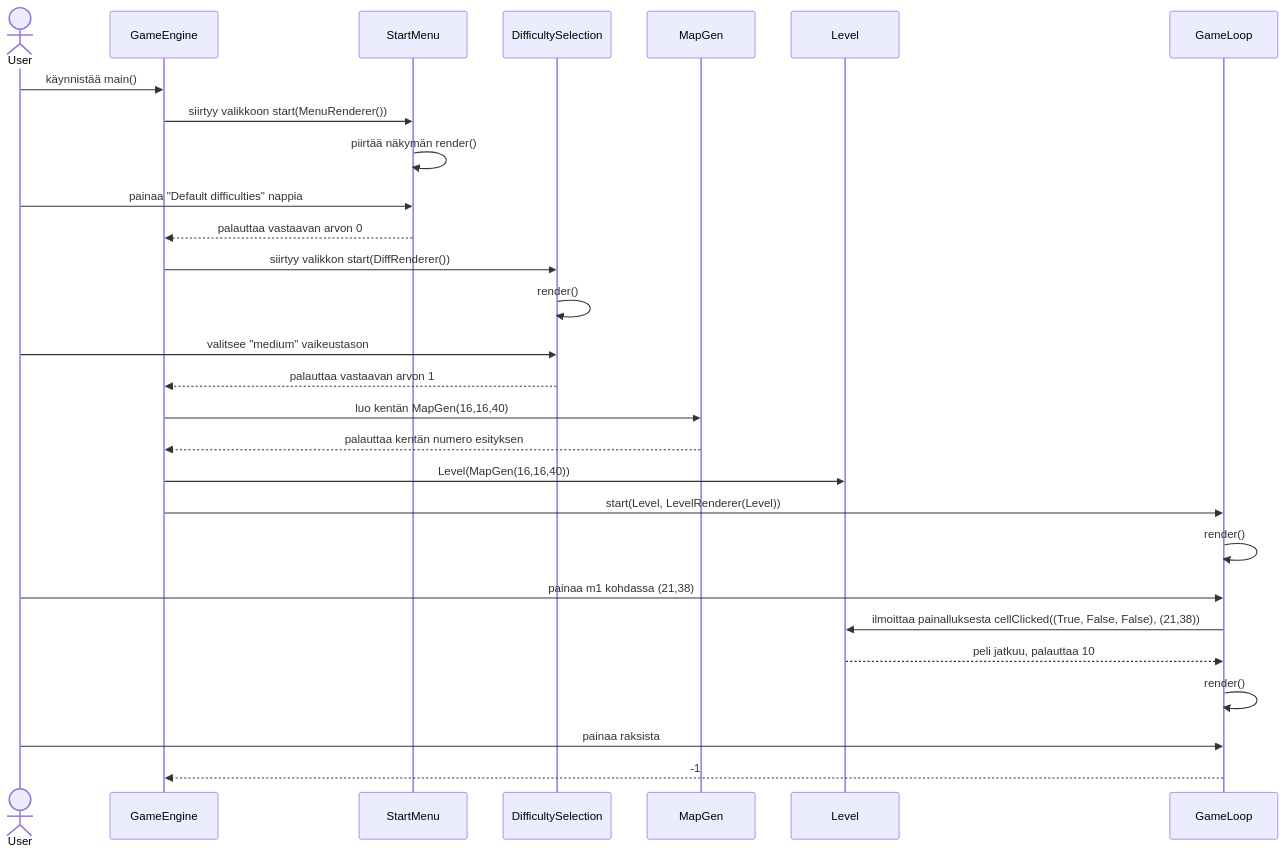
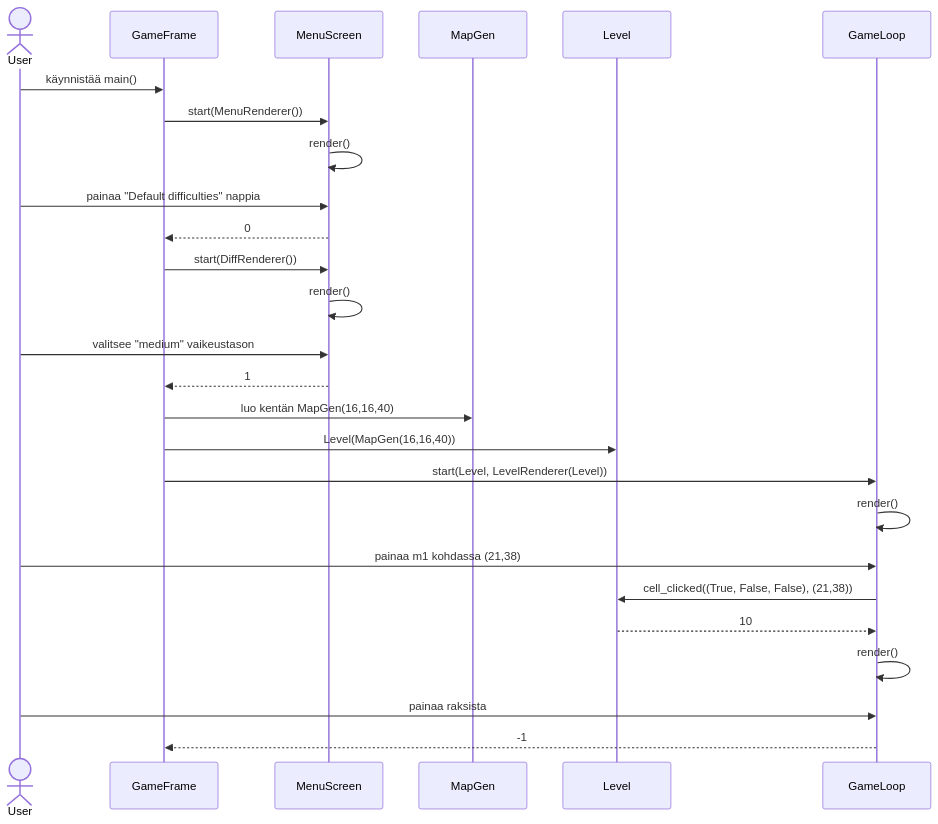
The second of 2 diagrams in dokumentaatio/luokkakaavio.md (Hempppa/ot-harjoitustyot), drawn with Mermaid before and after one commit. The commit also changed other lines of this file, not shown here.

````diff
--- a/dokumentaatio/luokkakaavio.md
+++ b/dokumentaatio/luokkakaavio.md
@@ -41,30 +80,28 @@
 ```mermaid
 sequenceDiagram
   actor User
-  participant GameEngine
-  participant StartMenu
-  participant DifficultySelection
+  participant GameFrame
+  participant MenuScreen
   participant MapGen
   participant Level
   participant GameLoop
-  User->>GameEngine: käynnistää main()
-  GameEngine->>StartMenu: siirtyy valikkoon start(MenuRenderer())
-  StartMenu->>StartMenu: piirtää näkymän render()
-  User->>StartMenu: painaa "Default difficulties" nappia
-  StartMenu-->>GameEngine: palauttaa vastaavan arvon 0
-  GameEngine->>DifficultySelection: siirtyy valikkon start(DiffRenderer())
-  DifficultySelection->>DifficultySelection: render()
-  User->>DifficultySelection: valitsee "medium" vaikeustason
-  DifficultySelection-->>GameEngine: palauttaa vastaavan arvon 1
-  GameEngine->>MapGen: luo kentän MapGen(16,16,40)
-  MapGen-->>GameEngine: palauttaa kentän numero esityksen
-  GameEngine->>Level: Level(MapGen(16,16,40))
-  GameEngine->>GameLoop: start(Level, LevelRenderer(Level))
+  User->>GameFrame: käynnistää main()
+  GameFrame->>MenuScreen: start(MenuRenderer())
+  MenuScreen->>MenuScreen: render()
+  User->>MenuScreen: painaa "Default difficulties" nappia
+  MenuScreen-->>GameFrame: 0
+  GameFrame->>MenuScreen: start(DiffRenderer())
+  MenuScreen->>MenuScreen: render()
+  User->>MenuScreen: valitsee "medium" vaikeustason
+  MenuScreen-->>GameFrame: 1
+  GameFrame->>MapGen: luo kentän MapGen(16,16,40)
+  GameFrame->>Level: Level(MapGen(16,16,40))
+  GameFrame->>GameLoop: start(Level, LevelRenderer(Level))
   GameLoop->>GameLoop: render()
   User->>GameLoop: painaa m1 kohdassa (21,38)
-  GameLoop->>Level: ilmoittaa painalluksesta cellClicked((True, False, False), (21,38)) 
-  Level-->>GameLoop: peli jatkuu, palauttaa 10
+  GameLoop->>Level: cell_clicked((True, False, False), (21,38)) 
+  Level-->>GameLoop: 10
   GameLoop->>GameLoop: render()
   User->>GameLoop: painaa raksista
-  GameLoop-->>GameEngine: -1
+  GameLoop-->>GameFrame: -1
 ```
````
